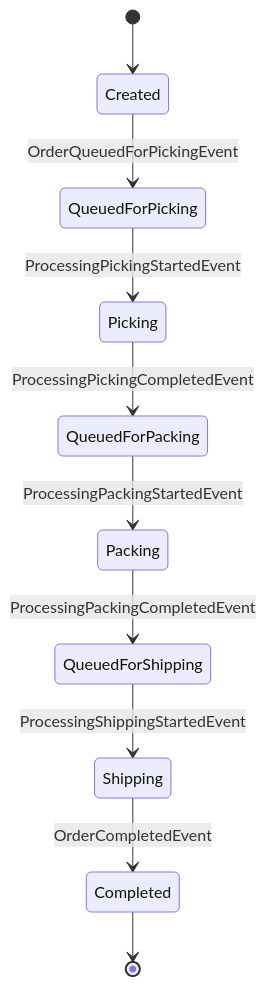
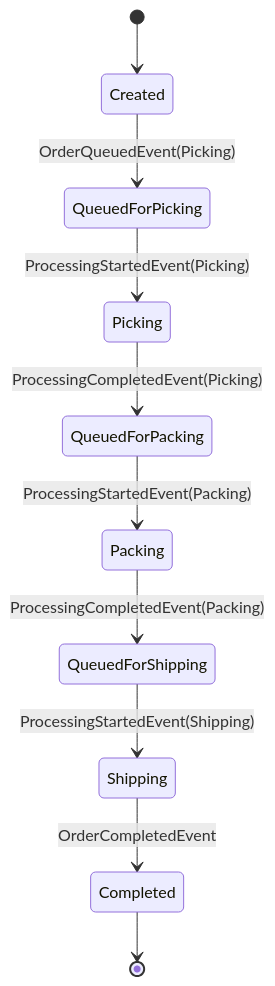
The first of 2 diagrams in docs/Architecture.md (Sourcerooo/FlowForge), drawn with Mermaid before and after one commit. The commit also changed other lines of this file and 107 other files, not shown here.

````diff
--- a/docs/Architecture.md
+++ b/docs/Architecture.md
@@ -538,12 +2218,12 @@
 ```mermaid
 stateDiagram-v2
     [*] --> Created
-    Created --> QueuedForPicking: OrderQueuedForPickingEvent
-    QueuedForPicking --> Picking: ProcessingPickingStartedEvent
-    Picking --> QueuedForPacking: ProcessingPickingCompletedEvent
-    QueuedForPacking --> Packing: ProcessingPackingStartedEvent
-    Packing --> QueuedForShipping: ProcessingPackingCompletedEvent
-    QueuedForShipping --> Shipping: ProcessingShippingStartedEvent
+    Created --> QueuedForPicking: OrderQueuedEvent(Picking)
+    QueuedForPicking --> Picking: ProcessingStartedEvent(Picking)
+    Picking --> QueuedForPacking: ProcessingCompletedEvent(Picking)
+    QueuedForPacking --> Packing: ProcessingStartedEvent(Packing)
+    Packing --> QueuedForShipping: ProcessingCompletedEvent(Packing)
+    QueuedForShipping --> Shipping: ProcessingStartedEvent(Shipping)
     Shipping --> Completed: OrderCompletedEvent
     Completed --> [*]
 ```
````
